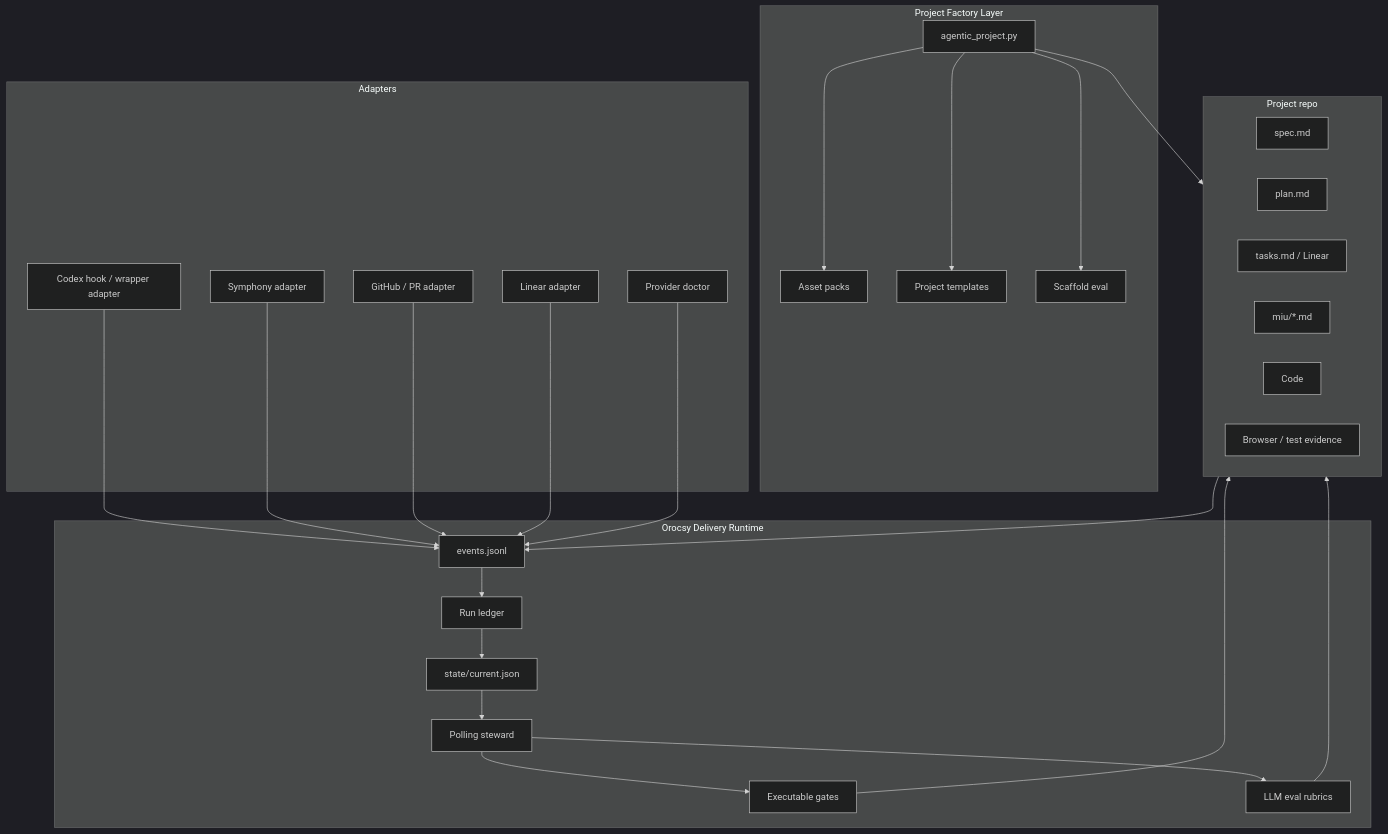
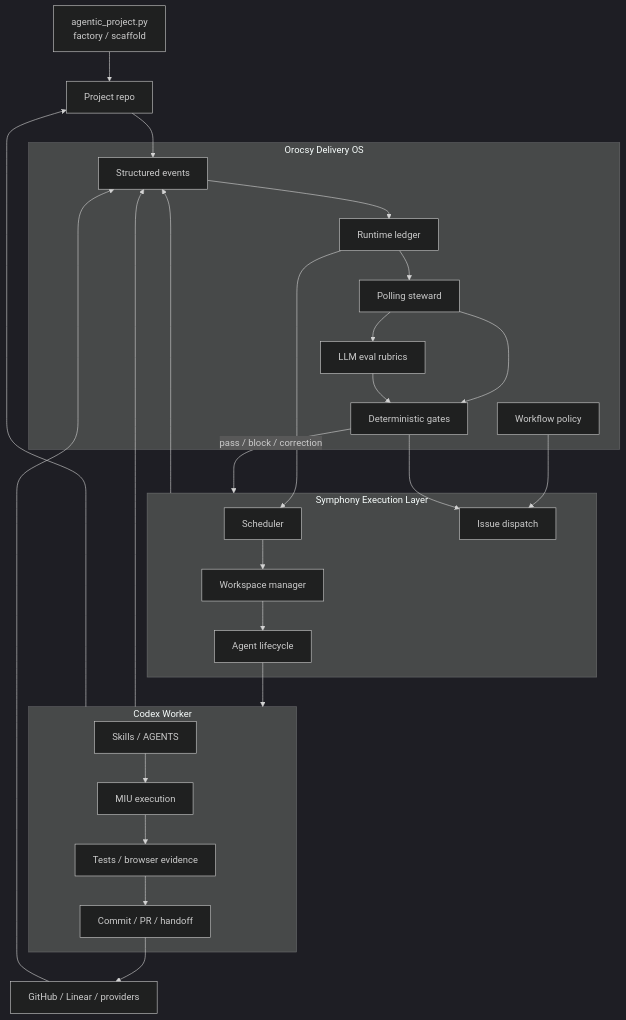
Before and after one commit to orocsy/symphony: the third of 7 diagrams in examples/orocsy-agentic-delivery/orocsy-delivery-runtime-architecture.md, drawn with Mermaid (dark theme). The commit also changed other lines of this file, not shown here.

Commit message:
Clarify Symphony governance in Orocsy runtime

````diff
--- a/examples/orocsy-agentic-delivery/orocsy-delivery-runtime-architecture.md
+++ b/examples/orocsy-agentic-delivery/orocsy-delivery-runtime-architecture.md
@@ -55,58 +70,58 @@
 ```mermaid
 flowchart TD
-  subgraph Factory["Project Factory Layer"]
-    CLI["agentic_project.py"]
-    Assets["Asset packs"]
-    Templates["Project templates"]
-    ScaffoldEval["Scaffold eval"]
-  end
+  Factory["agentic_project.py<br/>factory / scaffold"]
 
-  subgraph Runtime["Orocsy Delivery Runtime"]
-    Ledger["Run ledger"]
-    Events["events.jsonl"]
-    State["state/current.json"]
-    Gates["Executable gates"]
-    LLMEval["LLM eval rubrics"]
+  subgraph Orocsy["Orocsy Delivery OS"]
+    Runtime["Runtime ledger"]
+    Policy["Workflow policy"]
+    Gates["Deterministic gates"]
+    Eval["LLM eval rubrics"]
+    Observability["Structured events"]
     Steward["Polling steward"]
   end
 
-  subgraph Adapters["Adapters"]
-    CodexAdapter["Codex hook / wrapper adapter"]
-    SymphonyAdapter["Symphony adapter"]
-    GitHubAdapter["GitHub / PR adapter"]
-    LinearAdapter["Linear adapter"]
-    ProviderAdapter["Provider doctor"]
+  subgraph Symphony["Symphony Execution Layer"]
+    Scheduler["Scheduler"]
+    Workspace["Workspace manager"]
+    Lifecycle["Agent lifecycle"]
+    Dispatch["Issue dispatch"]
   end
 
-  subgraph Project["Project repo"]
-    Spec["spec.md"]
-    Plan["plan.md"]
-    Tasks["tasks.md / Linear"]
-    MIU["miu/*.md"]
-    Code["Code"]
-    Evidence["Browser / test evidence"]
+  subgraph Worker["Codex Worker"]
+    Skills["Skills / AGENTS"]
+    MIU["MIU execution"]
+    Tests["Tests / browser evidence"]
+    PR["Commit / PR / handoff"]
   end
 
-  CLI --> Assets
-  CLI --> Templates
-  CLI --> Project
-  CLI --> ScaffoldEval
+  Project["Project repo"]
+  External["GitHub / Linear / providers"]
 
-  CodexAdapter --> Events
-  SymphonyAdapter --> Events
-  GitHubAdapter --> Events
-  LinearAdapter --> Events
-  ProviderAdapter --> Events
+  Factory --> Project
 
-  Events --> Ledger
-  Ledger --> State
-  State --> Steward
+  Policy --> Dispatch
+  Gates --> Dispatch
+  Runtime --> Scheduler
 
+  Scheduler --> Workspace
+  Workspace --> Lifecycle
+  Lifecycle --> Worker
+
+  Skills --> MIU
+  MIU --> Tests
+  Tests --> PR
+
+  Worker --> Observability
+  Symphony --> Observability
+  External --> Observability
+  Observability --> Runtime
+  Runtime --> Steward
   Steward --> Gates
-  Steward --> LLMEval
+  Steward --> Eval
+  Eval --> Gates
+  Gates -->|"pass / block / correction"| Symphony
 
-  Gates --> Project
-  LLMEval --> Project
-
-  Project --> Events
+  Worker --> Project
+  Project --> Observability
+  PR --> External
 ```
````
